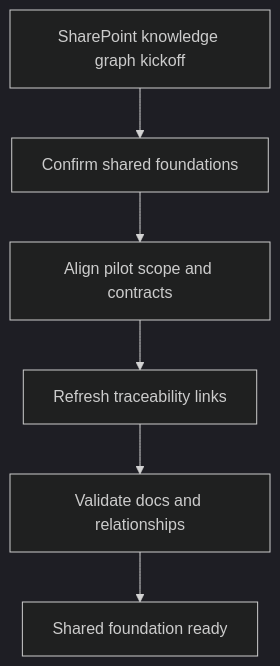
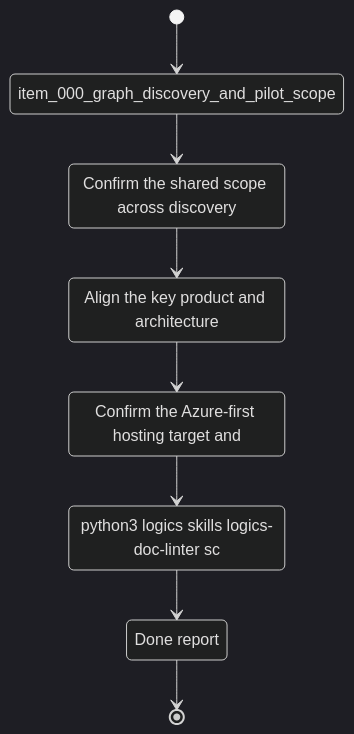
Before and after one commit to AlexAgo83/deepvault: the diagram in logics/tasks/task_000_sharepoint_foundations_and_shared_contracts.md, drawn with Mermaid (dark theme). The commit also changed other lines of this file and 28 other files, not shown here.

````diff
--- a/logics/tasks/task_000_sharepoint_foundations_and_shared_contracts.md
+++ b/logics/tasks/task_000_sharepoint_foundations_and_shared_contracts.md
@@ -17,9 +17,18 @@
 ```mermaid
+%% logics-kind: task
 %% logics-signature: task|sharepoint-foundations-and-shared-contra|item-000-graph-discovery-and-pilot-scope|confirm-the-shared-scope-across-discover|python3-logics-skills-logics-doc-linter-
-flowchart TD
-    Request[SharePoint knowledge graph kickoff] --> Step1[Confirm shared foundations]
-    Step1 --> Step2[Align pilot scope and contracts]
-    Step2 --> Step3[Refresh traceability links]
-    Step3 --> Validate[Validate docs and relationships]
-    Validate --> Done[Shared foundation ready]
+stateDiagram-v2
+    state "item_000_graph_discovery_and_pilot_scope" as Backlog
+    state "Confirm the shared scope across discovery" as Scope
+    state "Align the key product and architecture" as Build
+    state "Confirm the Azure-first hosting target and" as Verify
+    state "python3 logics skills logics-doc-linter sc" as Validation
+    state "Done report" as Report
+    [*] --> Backlog
+    Backlog --> Scope
+    Scope --> Build
+    Build --> Verify
+    Verify --> Validation
+    Validation --> Report
+    Report --> [*]
 ```
````
